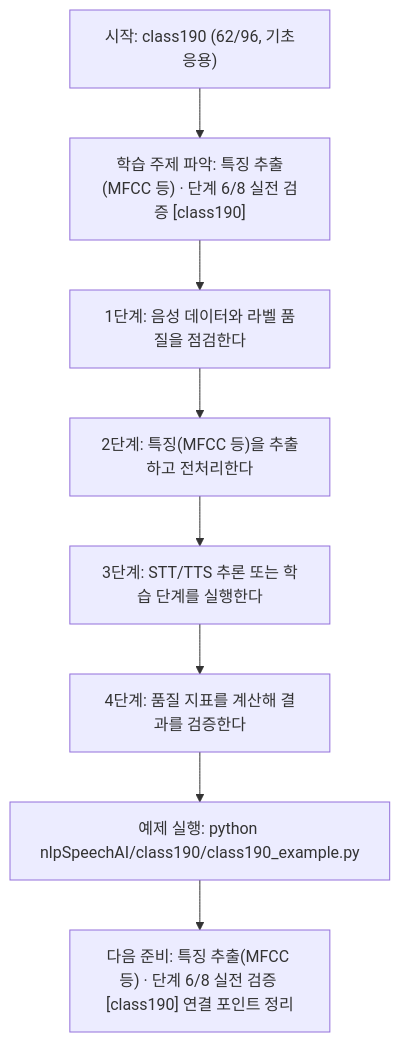
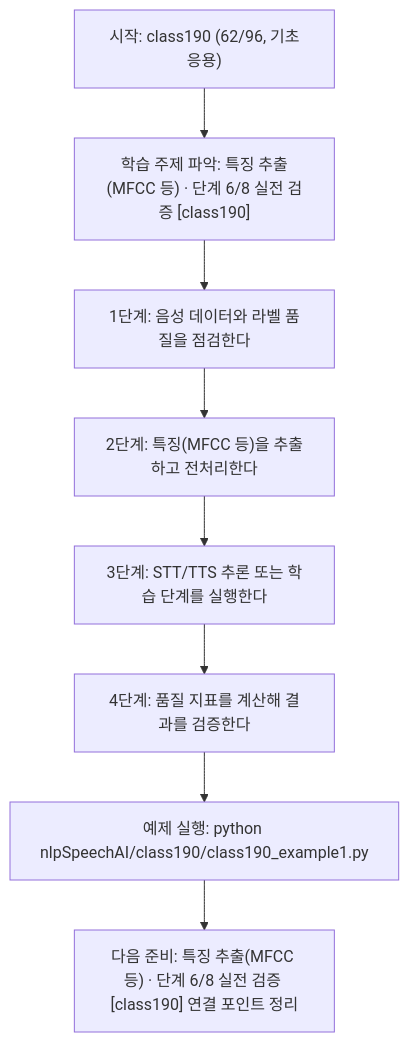
The diagram in nlpSpeechAI/class190/class190.md (edumgt/Python-AI_Agent-Class), drawn with Mermaid before and after one commit. The commit also changed other lines of this file and 2959 other files, not shown here.

````diff
--- a/nlpSpeechAI/class190/class190.md
+++ b/nlpSpeechAI/class190/class190.md
@@ -114,18 +114,18 @@
 ```mermaid
 flowchart TD
 N1["시작: class190 (62/96, 기초응용)"]
 N2["학습 주제 파악: 특징 추출(MFCC 등) · 단계 6/8 실전 검증 [class190]"]
 N3["1단계: 음성 데이터와 라벨 품질을 점검한다"]
 N4["2단계: 특징(MFCC 등)을 추출하고 전처리한다"]
 N5["3단계: STT/TTS 추론 또는 학습 단계를 실행한다"]
 N6["4단계: 품질 지표를 계산해 결과를 검증한다"]
-N7["예제 실행: python nlpSpeechAI/class190/class190_example.py"]
+N7["예제 실행: python nlpSpeechAI/class190/class190_example1.py"]
 N8["다음 준비: 특징 추출(MFCC 등) · 단계 6/8 실전 검증 [class190] 연결 포인트 정리"]
 N1 --> N2
 N2 --> N3
 N3 --> N4
 N4 --> N5
 N5 --> N6
 N6 --> N7
 N7 --> N8
 ```
````
